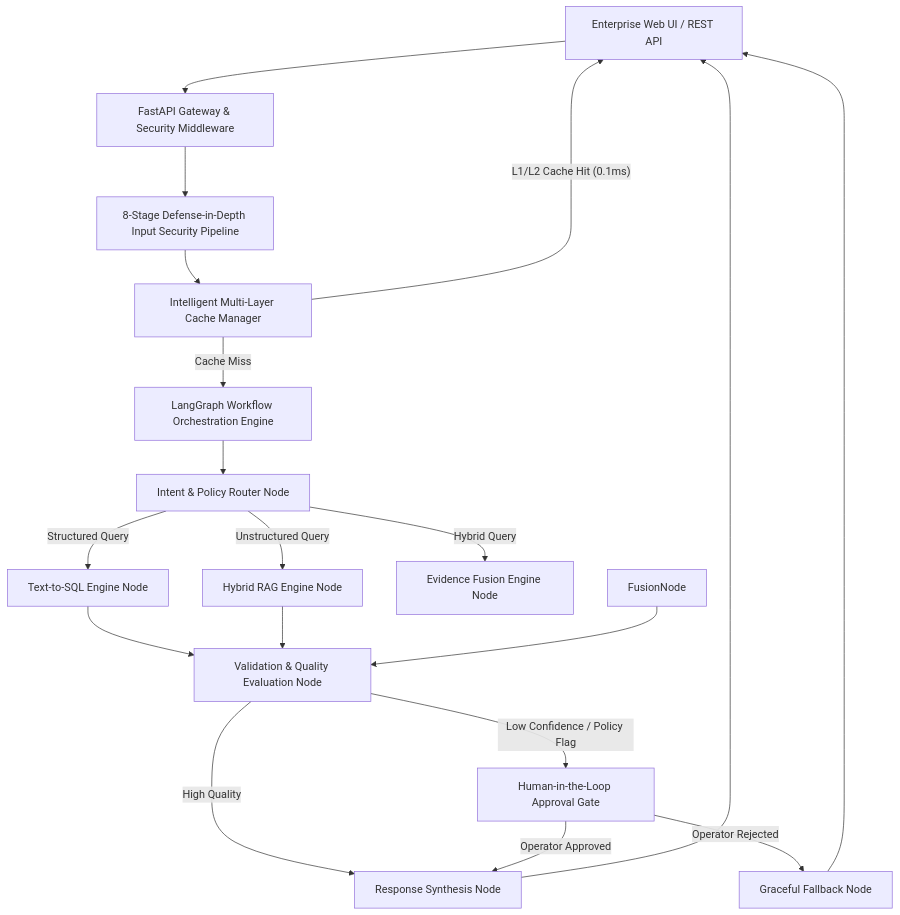
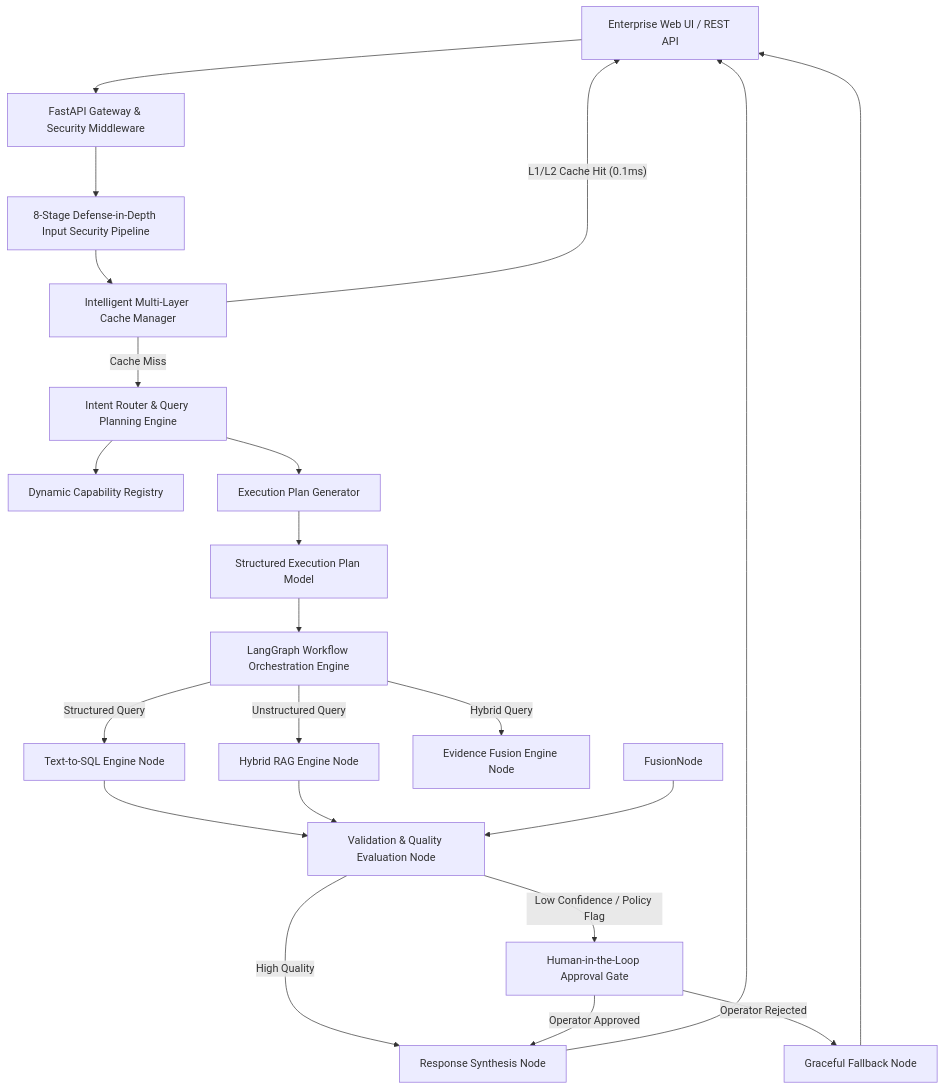
The first of 3 diagrams in README.md (sreeram0343/ragtune), drawn with Mermaid before and after one commit. The commit also changed other lines of this file, not shown here.

Commit message:
docs: update README with Intent Router & Query Planning Engine architecture, dynamic capability registry, decision strategies, and diagrams

````diff
--- a/README.md
+++ b/README.md
@@ -40,28 +42,32 @@
 ```mermaid
 graph TD
     Client[Enterprise Web UI / REST API] --> Gateway[FastAPI Gateway & Security Middleware]
     Gateway --> SecurityPipeline[8-Stage Defense-in-Depth Input Security Pipeline]
     SecurityPipeline --> CacheManager[Intelligent Multi-Layer Cache Manager]
     
     CacheManager -- L1/L2 Cache Hit (0.1ms) --> Client
-    CacheManager -- Cache Miss --> OrchestrationEngine[LangGraph Workflow Orchestration Engine]
+    CacheManager -- Cache Miss --> IntentRouter[Intent Router & Query Planning Engine]
     
-    OrchestrationEngine --> Router[Intent & Policy Router Node]
+    IntentRouter --> Registry[Dynamic Capability Registry]
+    IntentRouter --> PlanGenerator[Execution Plan Generator]
     
-    Router -->|Structured Query| SQLAgent[Text-to-SQL Engine Node]
-    Router -->|Unstructured Query| RAGAgent[Hybrid RAG Engine Node]
-    Router -->|Hybrid Query| FusionAgent[Evidence Fusion Engine Node]
+    PlanGenerator --> ExecPlan[Structured Execution Plan Model]
+    ExecPlan --> OrchestrationEngine[LangGraph Workflow Orchestration Engine]
+    
+    OrchestrationEngine -->|Structured Query| SQLAgent[Text-to-SQL Engine Node]
+    OrchestrationEngine -->|Unstructured Query| RAGAgent[Hybrid RAG Engine Node]
+    OrchestrationEngine -->|Hybrid Query| FusionAgent[Evidence Fusion Engine Node]
     
     SQLAgent --> EvaluationNode[Validation & Quality Evaluation Node]
     RAGAgent --> EvaluationNode
     FusionNode --> EvaluationNode
     
     EvaluationNode -- High Quality --> SynthesisNode[Response Synthesis Node]
     EvaluationNode -- Low Confidence / Policy Flag --> HITLGate[Human-in-the-Loop Approval Gate]
     
     HITLGate -- Operator Approved --> SynthesisNode
     HITLGate -- Operator Rejected --> FallbackNode[Graceful Fallback Node]
     
     SynthesisNode --> Client
     FallbackNode --> Client
 ```
````
